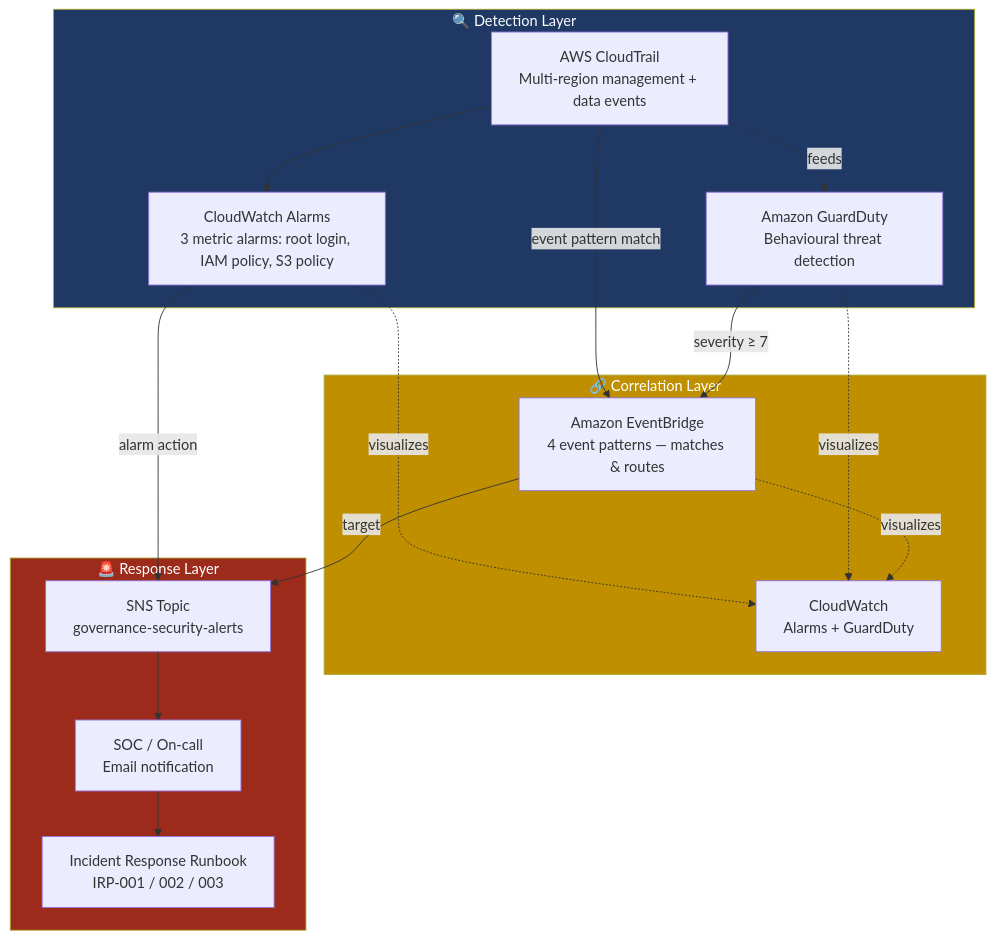
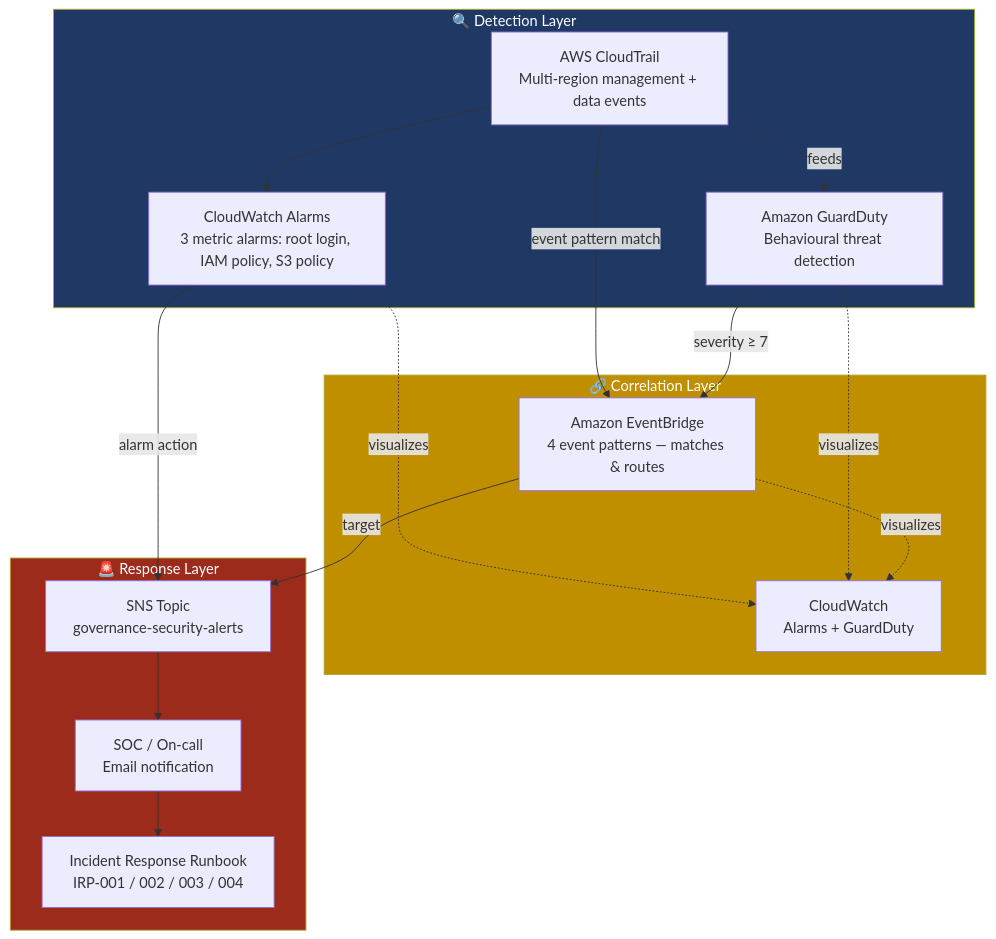
Before and after one commit to arunkumar-cloudgrc/aws-security-governance-portfolio: the diagram in 02-threat-detection-pipeline/README.md.md, drawn with Mermaid. The commit also changed other lines of this file, not shown here.

````diff
--- a/02-threat-detection-pipeline/README.md.md
+++ b/02-threat-detection-pipeline/README.md.md
@@ -67,34 +67,34 @@
 ```mermaid
 flowchart TB
     subgraph DETECT["🔍 Detection Layer"]
         CT["AWS CloudTrail<br/>Multi-region management + data events"]
         CW["CloudWatch Alarms<br/>3 metric alarms: root login, IAM policy, S3 policy"]
         GD["Amazon GuardDuty<br/>Behavioural threat detection"]
         CT --> CW
         CT -.->|feeds| GD
     end
 
     subgraph CORR["🔗 Correlation Layer"]
         EB["Amazon EventBridge<br/>4 event patterns — matches & routes"]
         DASH["CloudWatch<br/>Alarms + GuardDuty"]
     end
 
     subgraph RESP["🚨 Response Layer"]
         SNS["SNS Topic<br/>governance-security-alerts"]
         SOC["SOC / On-call<br/>Email notification"]
-        RB["Incident Response Runbook<br/>IRP-001 / 002 / 003"]
+        RB["Incident Response Runbook<br/>IRP-001 / 002 / 003 / 004"]
         SNS --> SOC --> RB
     end
 
     CW -->|alarm action| SNS
     CT -->|event pattern match| EB
     GD -->|severity ≥ 7| EB
     EB -->|target| SNS
     CW -.->|visualizes| DASH
     GD -.->|visualizes| DASH
     EB -.->|visualizes| DASH
 
     style DETECT fill:#1F3864,color:#fff
     style CORR fill:#BF8F00,color:#fff
     style RESP fill:#9C2B1B,color:#fff
 ```
````
